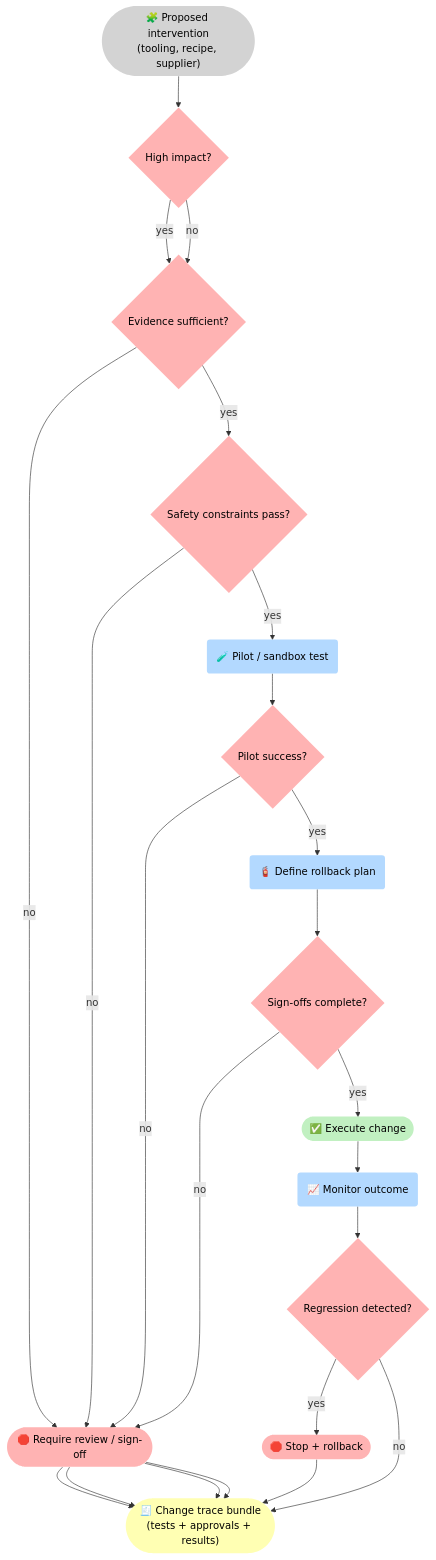
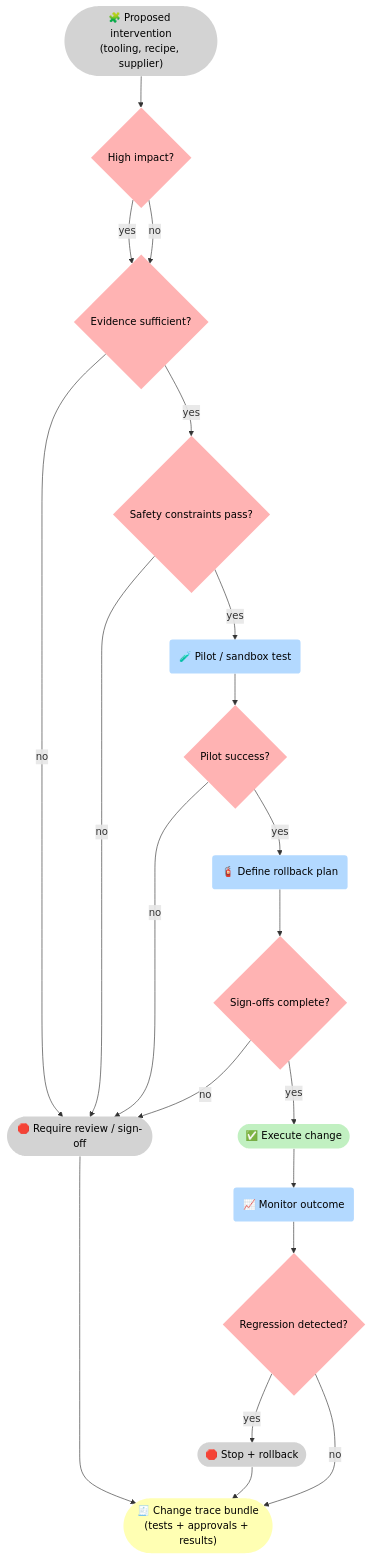
Before and after one commit to 5Reasons/5reasons.github.io: the third of 3 diagrams in docs/case-studies/manufacturing.md, drawn with Mermaid. The commit also changed other lines of this file and 14 other files, not shown here.

First line of the commit message:
Refactor diagrams and improve clarity in blog posts and case studies

````diff
--- a/docs/case-studies/manufacturing.md
+++ b/docs/case-studies/manufacturing.md
@@ -166,46 +166,46 @@
 ```mermaid
 flowchart TB
 %% Styles (brModel Standard)
 classDef i fill:#D3D3D3,stroke-width:0px,color:#000;
 classDef p fill:#B3D9FF,stroke-width:0px,color:#000;
 classDef r fill:#FFFFB3,stroke-width:0px,color:#000;
 classDef o fill:#C1F0C1,stroke-width:0px,color:#000;
 classDef s fill:#FFB3B3,stroke-width:0px,color:#000;
 
 I_Fix(["🧩 Proposed intervention<br>(tooling, recipe, supplier)"]):::i
 G_Impact{"High impact?"}:::s
 G_Ev{"Evidence sufficient?"}:::s
 G_Safe{"Safety constraints pass?"}:::s
 
 P_Pilot("🧪 Pilot / sandbox test"):::p
 G_Pilot{"Pilot success?"}:::s
 P_RB("🧯 Define rollback plan"):::p
 G_Sign{"Sign-offs complete?"}:::s
 
 O_Do(["✅ Execute change"]):::o
 P_Mon("📈 Monitor outcome"):::p
 G_Reg{"Regression detected?"}:::s
 
-S_Rev(["🛑 Require review / sign-off"]):::s
-S_Stop(["🛑 Stop + rollback"]):::s
+S_Rev(["🛑 Require review / sign-off"]):::i
+S_Stop(["🛑 Stop + rollback"]):::i
 R_Tr(["🧾 Change trace bundle<br>(tests + approvals + results)"]):::r
 
 I_Fix --> G_Impact
 G_Impact -->|"yes"| G_Ev
 G_Impact -->|"no"| G_Ev
 
 G_Ev -->|"no"| S_Rev --> R_Tr
 G_Ev -->|"yes"| G_Safe
 
-G_Safe -->|"no"| S_Rev --> R_Tr
+G_Safe -->|"no"| S_Rev 
 G_Safe -->|"yes"| P_Pilot --> G_Pilot
 
-G_Pilot -->|"no"| S_Rev --> R_Tr
+G_Pilot -->|"no"| S_Rev
 G_Pilot -->|"yes"| P_RB --> G_Sign
 
-G_Sign -->|"no"| S_Rev --> R_Tr
+G_Sign -->|"no"| S_Rev
 G_Sign -->|"yes"| O_Do --> P_Mon --> G_Reg
 
 G_Reg -->|"yes"| S_Stop --> R_Tr
 G_Reg -->|"no"| R_Tr
 ```
````
